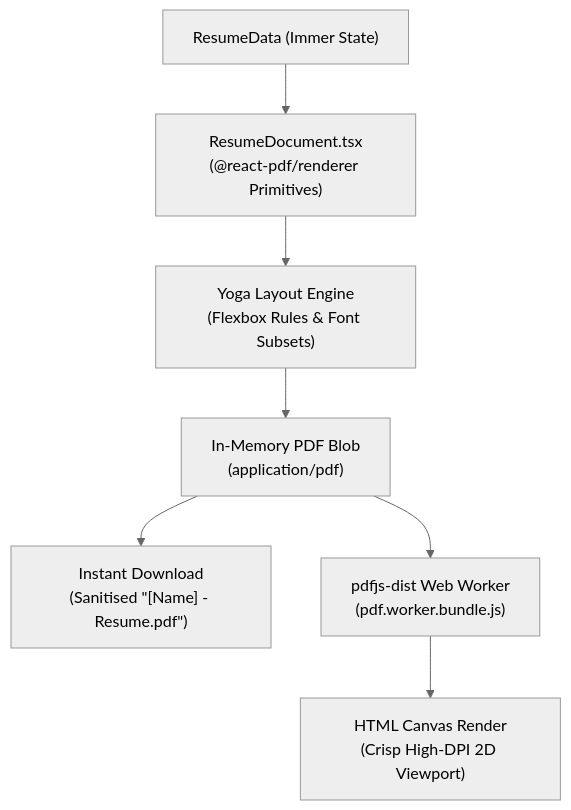
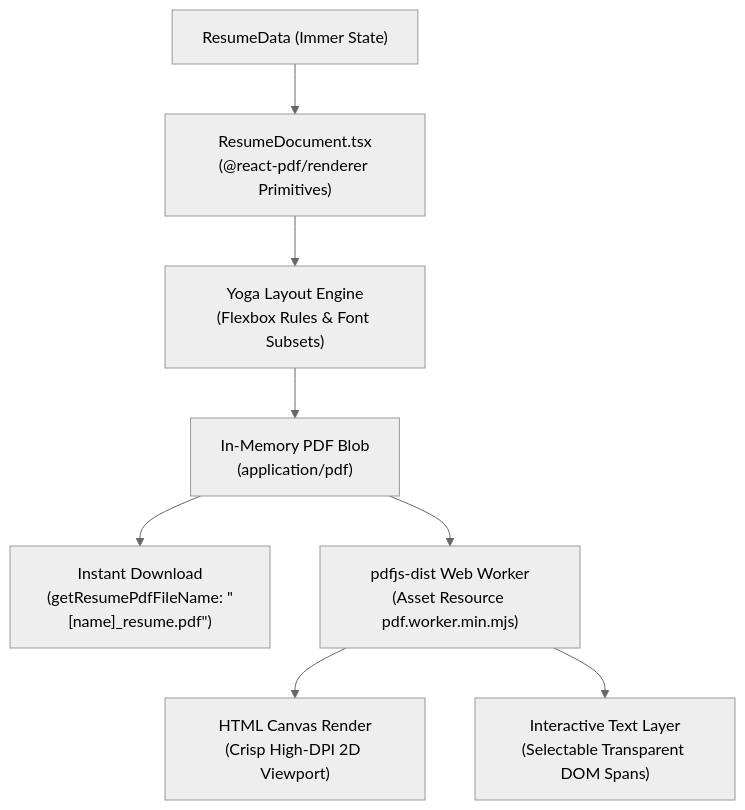
One commit to fiftythanks/resume-constructor changed the diagram in docs/src/content/docs/guides/preview-rendering.md. Above: the diagram before and after it, drawn with Mermaid (neutral theme). The commit also changed other lines of this file and 6 other files, not shown here.

````diff
--- a/docs/src/content/docs/guides/preview-rendering.md
+++ b/docs/src/content/docs/guides/preview-rendering.md
@@ -13,10 +13,11 @@
 ```mermaid
 flowchart TD
     State["ResumeData (Immer State)"] --> Document["ResumeDocument.tsx<br/>(@react-pdf/renderer Primitives)"]
     Document --> Engine["Yoga Layout Engine<br/>(Flexbox Rules & Font Subsets)"]
     Engine --> PDFBlob["In-Memory PDF Blob<br/>(application/pdf)"]
 
-    PDFBlob --> DownloadLink["Instant Download<br/>(Sanitised #quot;[Name] - Resume.pdf#quot;)"]
-    PDFBlob --> PDFWorker["pdfjs-dist Web Worker<br/>(pdf.worker.bundle.js)"]
+    PDFBlob --> DownloadLink["Instant Download<br/>(getResumePdfFileName: #quot;[name]_resume.pdf#quot;)"]
+    PDFBlob --> PDFWorker["pdfjs-dist Web Worker<br/>(Asset Resource pdf.worker.min.mjs)"]
     PDFWorker --> CanvasRaster["HTML Canvas Render<br/>(Crisp High-DPI 2D Viewport)"]
+    PDFWorker --> TextOverlay["Interactive Text Layer<br/>(Selectable Transparent DOM Spans)"]
 ```
````
